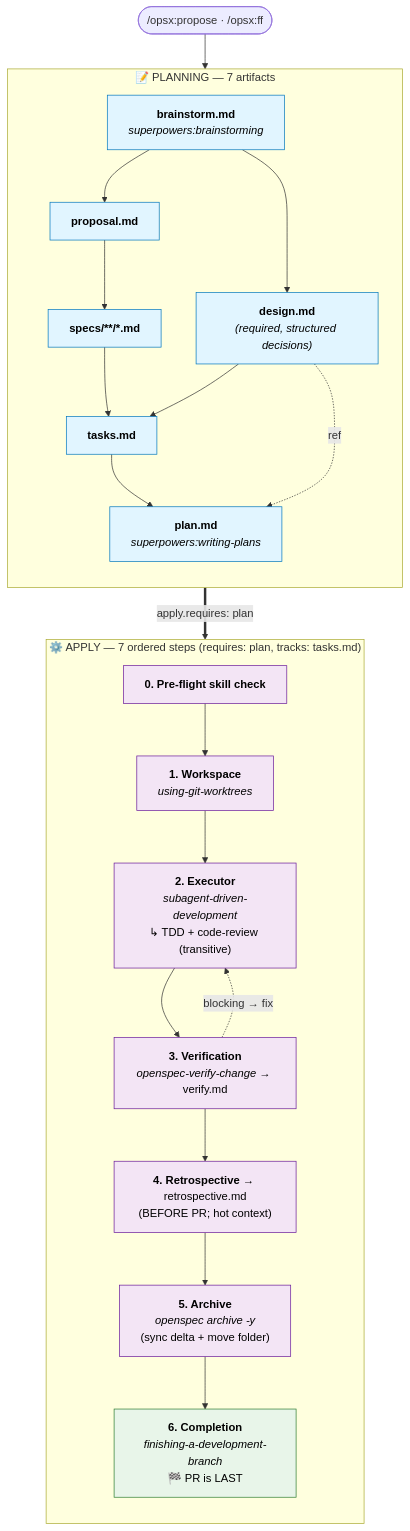
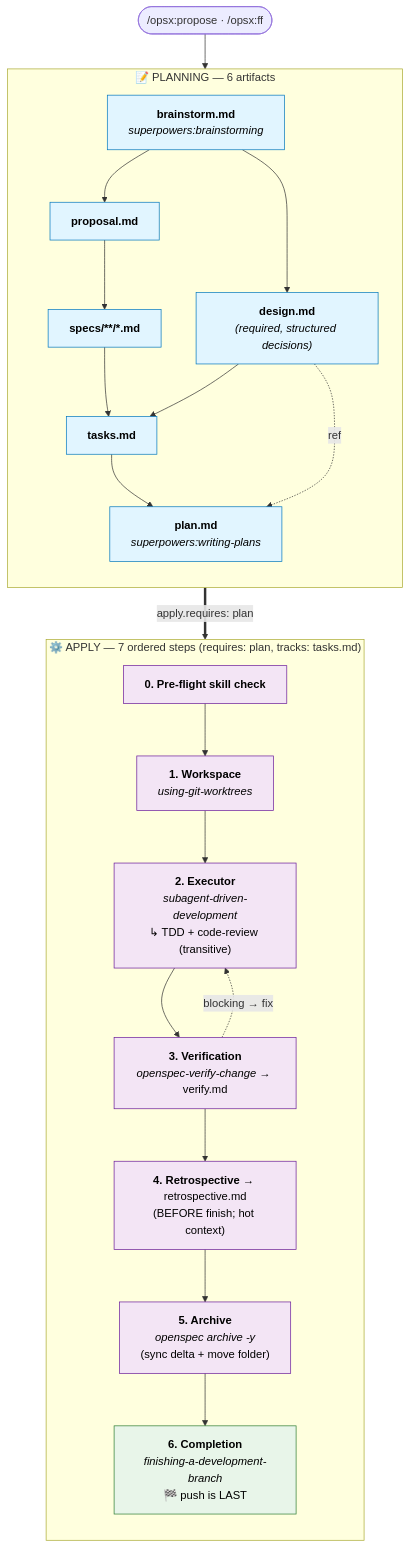
One commit to AdrianTheopold/openspec-schemas changed the diagram in superpowers-bridge/README.md. Above: the diagram before and after it, drawn with Mermaid. The commit also changed other lines of this file and 2 other files, not shown here.

Commit message:
docs(bridge): fix chain (add design), grep-anchor, artifact count, step-number/2a-2b label drift + push-only label consistency (M7/L1/L4/L5)

````diff
--- a/superpowers-bridge/README.md
+++ b/superpowers-bridge/README.md
@@ -221,48 +221,48 @@
 ```mermaid
 flowchart TD
     Start([/opsx:propose · /opsx:ff])
 
-    subgraph Plan ["📝 PLANNING — 7 artifacts"]
+    subgraph Plan ["📝 PLANNING — 6 artifacts"]
         direction TB
         BS["<b>brainstorm.md</b><br/><i>superpowers:brainstorming</i>"]
         PROP["<b>proposal.md</b>"]
         DES["<b>design.md</b><br/><i>(required, structured decisions)</i>"]
         SP["<b>specs/**/*.md</b>"]
         TK["<b>tasks.md</b>"]
         PL["<b>plan.md</b><br/><i>superpowers:writing-plans</i>"]
 
         BS --> PROP
         BS --> DES
         PROP --> SP
         SP --> TK
         DES --> TK
         TK --> PL
         DES -. ref .-> PL
     end
 
     subgraph Apply ["⚙️ APPLY — 7 ordered steps (requires: plan, tracks: tasks.md)"]
         direction TB
         A0["<b>0. Pre-flight skill check</b>"]
         A1["<b>1. Workspace</b><br/><i>using-git-worktrees</i>"]
         A2["<b>2. Executor</b><br/><i>subagent-driven-development</i><br/>↳ TDD + code-review (transitive)"]
         A3["<b>3. Verification</b><br/><i>openspec-verify-change</i> → verify.md"]
-        A4["<b>4. Retrospective</b> → retrospective.md<br/>(BEFORE PR; hot context)"]
+        A4["<b>4. Retrospective</b> → retrospective.md<br/>(BEFORE finish; hot context)"]
         A5["<b>5. Archive</b><br/><i>openspec archive -y</i><br/>(sync delta + move folder)"]
-        A6["<b>6. Completion</b><br/><i>finishing-a-development-branch</i><br/>🏁 PR is LAST"]
+        A6["<b>6. Completion</b><br/><i>finishing-a-development-branch</i><br/>🏁 push is LAST"]
 
         A0 --> A1 --> A2 --> A3
         A3 -. blocking → fix .-> A2
         A3 --> A4 --> A5 --> A6
     end
 
     Start --> BS
     PL ==>|apply.requires: plan| A0
 
     classDef artifact fill:#e1f5ff,stroke:#0277bd,color:#000
     classDef step fill:#f3e5f5,stroke:#6a1b9a,color:#000
     classDef capstone fill:#e8f5e9,stroke:#2e7d32,color:#000
 
     class BS,PROP,DES,SP,TK,PL artifact
     class A0,A1,A2,A3,A4,A5 step
     class A6 capstone
 ```
````
